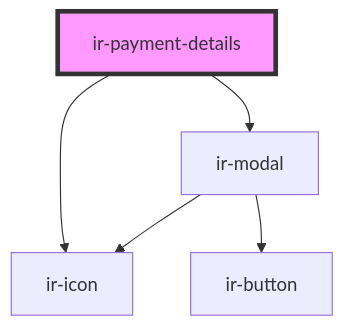
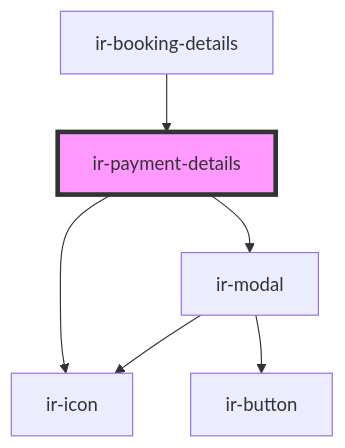
One commit to David1Chowaifaty/modified-ir-webcmp changed the diagram in src/components/ir-booking-details/ir-payment-details/readme.md. Above: the diagram before and after it, drawn with Mermaid. The commit also changed other lines of this file and 5 other files, not shown here.

````diff
--- a/src/components/ir-booking-details/ir-payment-details/readme.md
+++ b/src/components/ir-booking-details/ir-payment-details/readme.md
@@ -33,8 +37,9 @@
 ```mermaid
 graph TD;
   ir-payment-details --> ir-icon
   ir-payment-details --> ir-modal
   ir-modal --> ir-icon
   ir-modal --> ir-button
+  ir-booking-details --> ir-payment-details
   style ir-payment-details fill:#f9f,stroke:#333,stroke-width:4px
 ```
````
